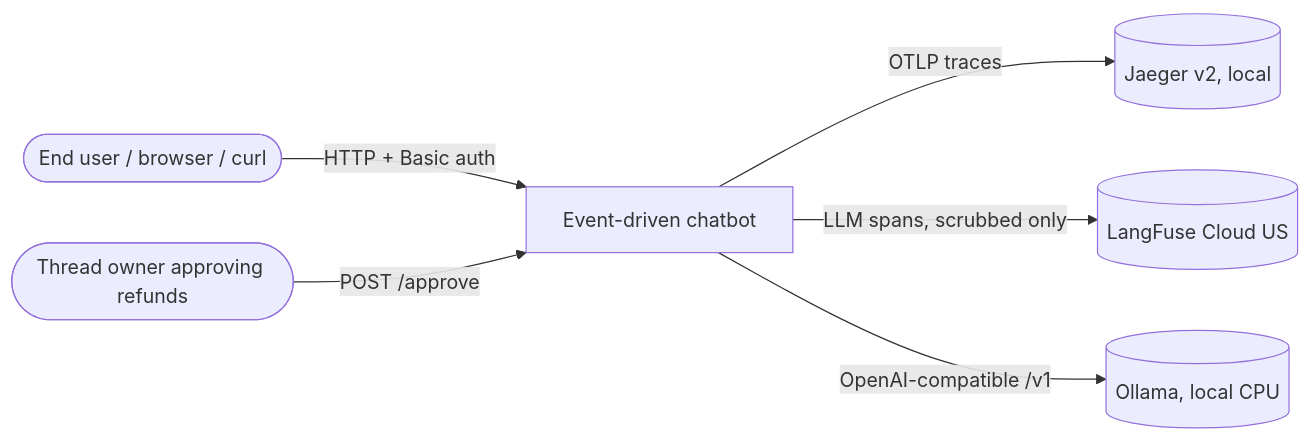
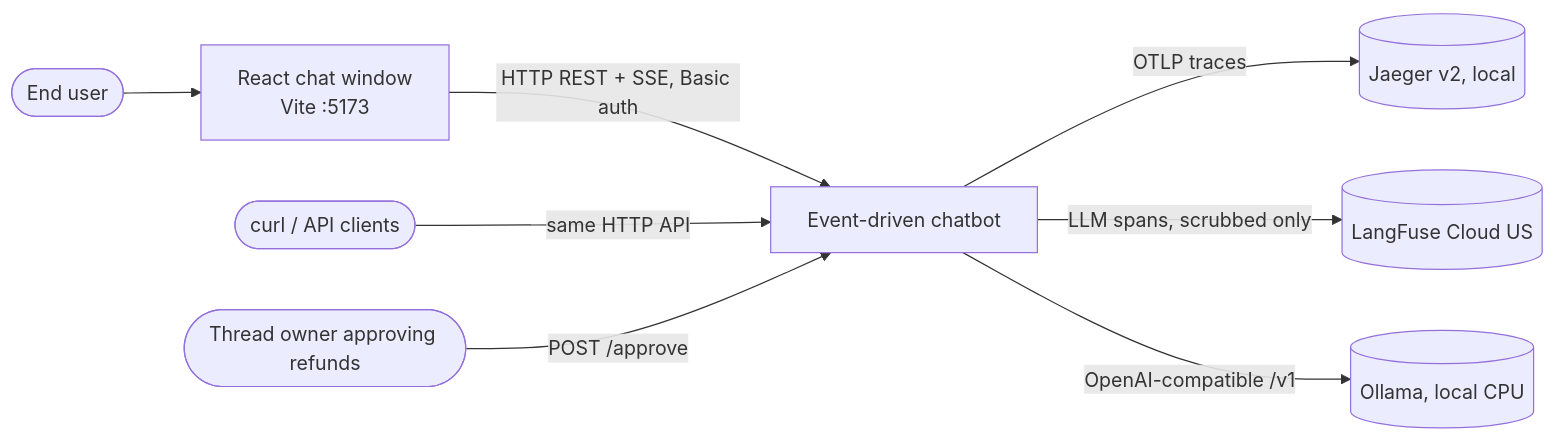
Before and after one commit to jayakumar-devaraj/enterprise-agentic-event-driven-chatbot: the first of 2 diagrams in docs/architecture/HLD.md, drawn with Mermaid. The commit also changed other lines of this file and 4 other files, not shown here.

Commit message:
Document React chat window and Qdrant gRPC transport in HLD and LLD

````diff
--- a/docs/architecture/HLD.md
+++ b/docs/architecture/HLD.md
@@ -24,8 +24,10 @@
 ```mermaid
 flowchart LR
-  user([End user / browser / curl]) -- "HTTP + Basic auth" --> sys[Event-driven chatbot]
+  user([End user]) --> ui[React chat window<br/>Vite :5173]
+  ui -- "HTTP REST + SSE, Basic auth" --> sys[Event-driven chatbot]
+  cli([curl / API clients]) -- "same HTTP API" --> sys
   approver([Thread owner approving refunds]) -- "POST /approve" --> sys
   sys -- "OTLP traces" --> jaeger[(Jaeger v2, local)]
   sys -- "LLM spans, scrubbed only" --> langfuse[(LangFuse Cloud US)]
   sys -- "OpenAI-compatible /v1" --> ollama[(Ollama, local CPU)]
 ```
````
